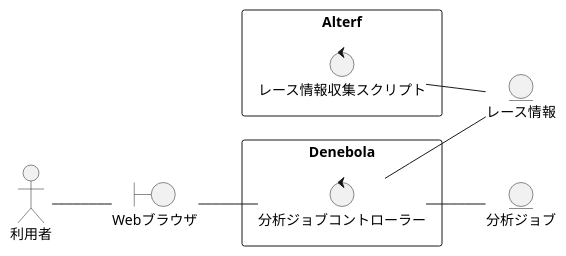
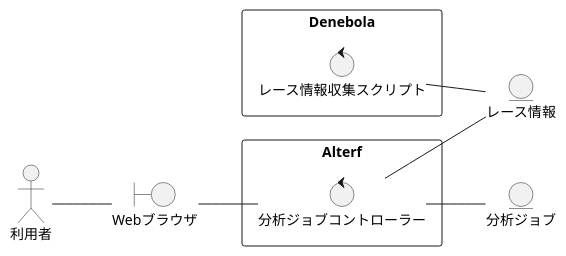
Before and after one commit to Leonis0813/chort: the diagram in horse-race_estimator/index.rst, drawn with PlantUML. The commit also changed other lines of this file and 4 other files, not shown here.

```diff
--- a/horse-race_estimator/index.rst
+++ b/horse-race_estimator/index.rst
@@ -17,22 +17,22 @@
 .. uml::
 
    left to right direction
    skinparam packageStyle rect
    actor 利用者
    boundary Webブラウザ
    entity レース情報
    entity 分析ジョブ
 
    利用者 -- Webブラウザ
 
-   rectangle Denebola {
+   rectangle Alterf {
      control 分析ジョブコントローラー
      Webブラウザ -- 分析ジョブコントローラー
      分析ジョブコントローラー -- レース情報
      分析ジョブコントローラー -- 分析ジョブ
    }
 
-   rectangle Alterf {
+   rectangle Denebola {
      control レース情報収集スクリプト
      レース情報収集スクリプト -- レース情報
    }
```
